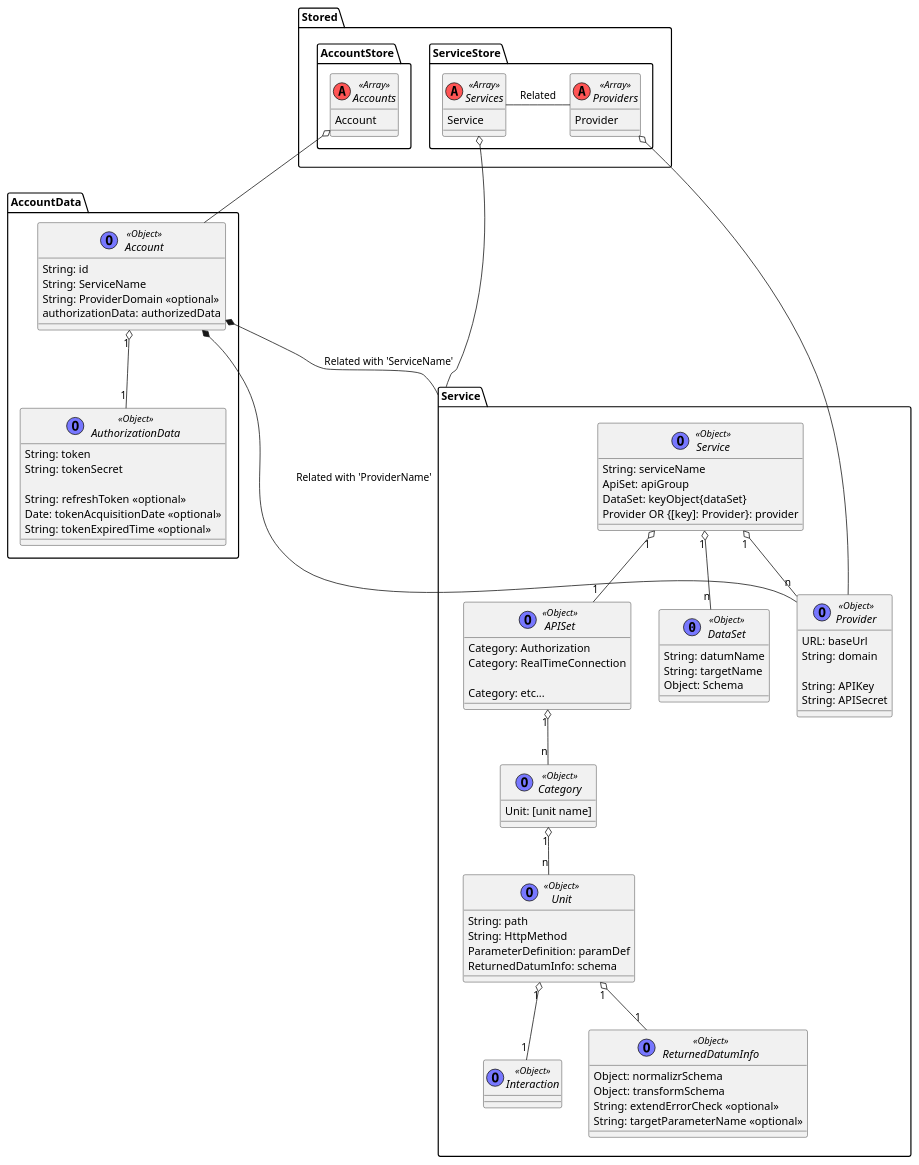
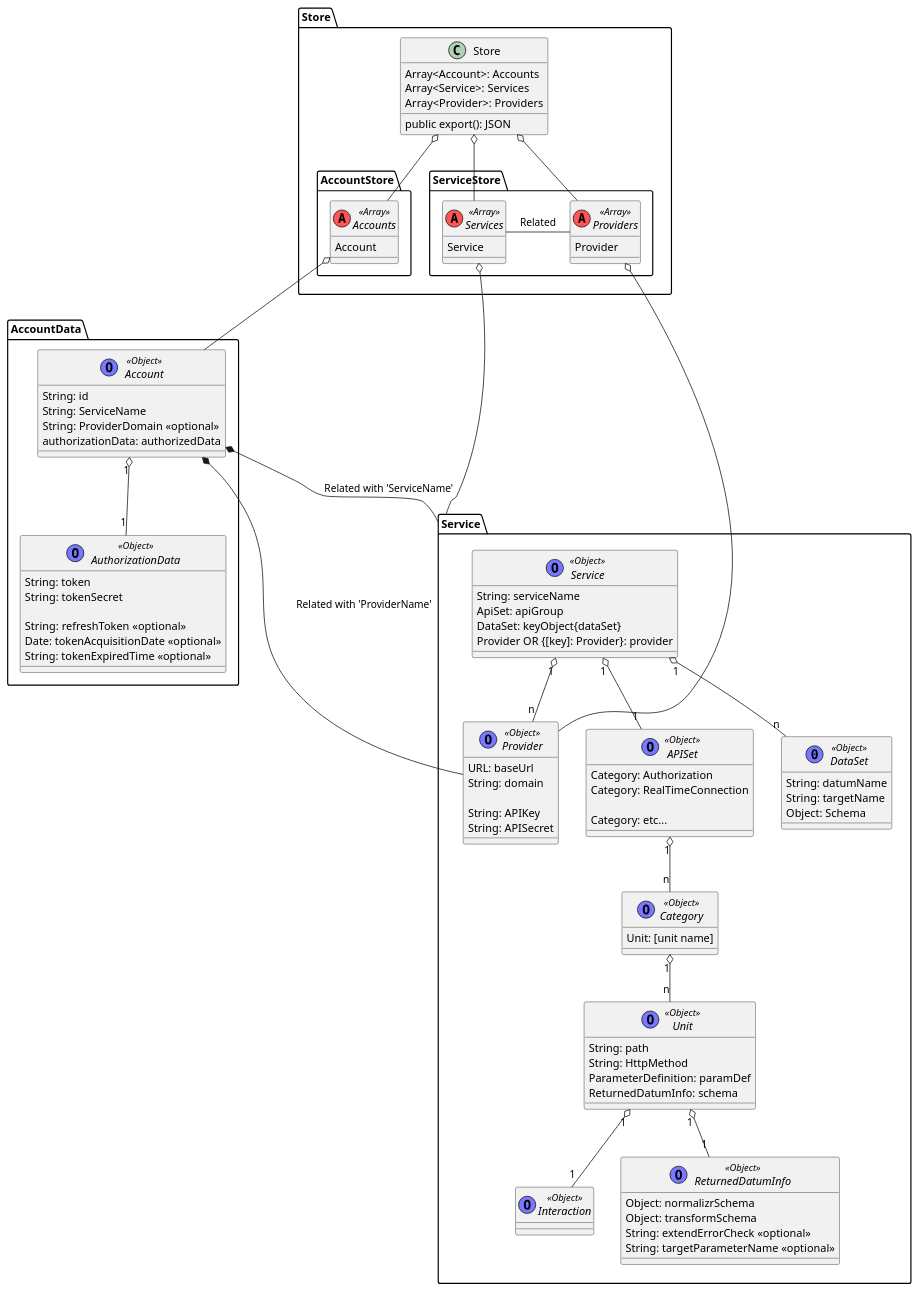
One commit to origamium/Tenpest-Core changed the diagram in blueprint/StoredObject.puml. Above: the diagram before and after it, drawn with PlantUML.

Commit message:
すべて内包するStoreクラスを作成

```diff
--- a/blueprint/StoredObject.puml
+++ b/blueprint/StoredObject.puml
@@ -1,109 +1,120 @@
 @startuml
 
-package Stored{
+package Store{
+    class Store{
+        Array<Account>: Accounts
+        Array<Service>: Services
+        Array<Provider>: Providers
+        public export(): JSON
+    }
+
     package AccountStore{
         interface Accounts <<(A,#FF5555) Array>>{
             Account
         }
     }
 
     package ServiceStore{
         interface Services <<(A,#FF5555) Array>>{
             Service
         }
         interface Providers <<(A,#FF5555) Array>>{
             Provider
         }
     }
+
+    Store o-- Accounts
+    Store o-- Services
+    Store o-- Providers
 }
 
 package "AccountData" {
     interface Account<<(O,#7777FF)Object>>{
         String: id
         String: ServiceName
         String: ProviderDomain <<optional>>
         authorizationData: authorizedData
     }
 
     interface AuthorizationData<<(O,#7777FF)Object>>{
         String: token
         String: tokenSecret
 
         String: refreshToken <<optional>>
         Date: tokenAcquisitionDate <<optional>>
         String: tokenExpiredTime <<optional>>
     }
 
     Account "1" o-- "1" AuthorizationData
 }
 
 package "Service" {
     interface Service<<(O,#7777FF)Object>>{
         String: serviceName
         ApiSet: apiGroup
         DataSet: keyObject{dataSet}
         Provider OR {[key]: Provider}: provider
     }
 
     interface Provider<<(O,#7777FF)Object>>{
         URL: baseUrl
         String: domain
 
         String: APIKey
         String: APISecret
     }
 
     interface APISet<<(O,#7777FF)Object>>{
         Category: Authorization
         Category: RealTimeConnection
 
         Category: etc...
     }
 
     interface DataSet<<(0, #7777FF)Object>>{
         String: datumName
         String: targetName
         Object: Schema
     }
 
     interface Category<<(O,#7777FF)Object>>{
         Unit: [unit name]
     }
 
     interface Unit<<(O,#7777FF)Object>>{
         String: path
         String: HttpMethod
         ParameterDefinition: paramDef
         ReturnedDatumInfo: schema
     }
 
     interface Interaction<<(O,#7777FF)Object>>{
 
     }
 
     interface ReturnedDatumInfo<<(O,#7777FF)Object>>{
         Object: normalizrSchema
         Object: transformSchema
         String: extendErrorCheck <<optional>>
         String: targetParameterName <<optional>>
     }
 
 
     Service "1" o-- "n" Provider
     Service "1" o-- "n" DataSet
     Service "1" o-- "1" APISet
     APISet "1" o-- "n" Category
     Category "1"  o-- "n" Unit
     Unit "1" o-- "1" ReturnedDatumInfo
     Unit "1" o-- "1" Interaction
 }
 
 Account *-- Service : Related with 'ServiceName'
 Account *-- Provider : Related with 'ProviderName'
 
 Accounts o-- Account
 Services o-- Service
 Providers o-- Provider
 Services - Providers : Related
 
 @enduml
```
